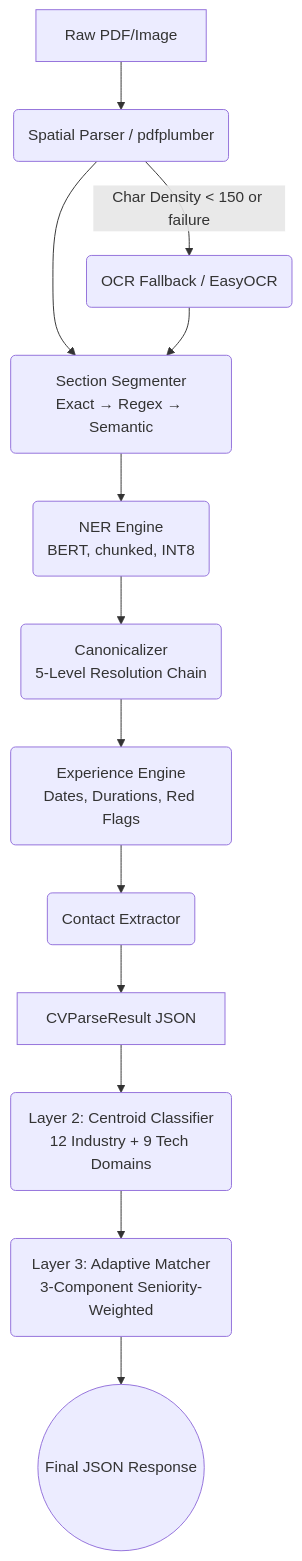
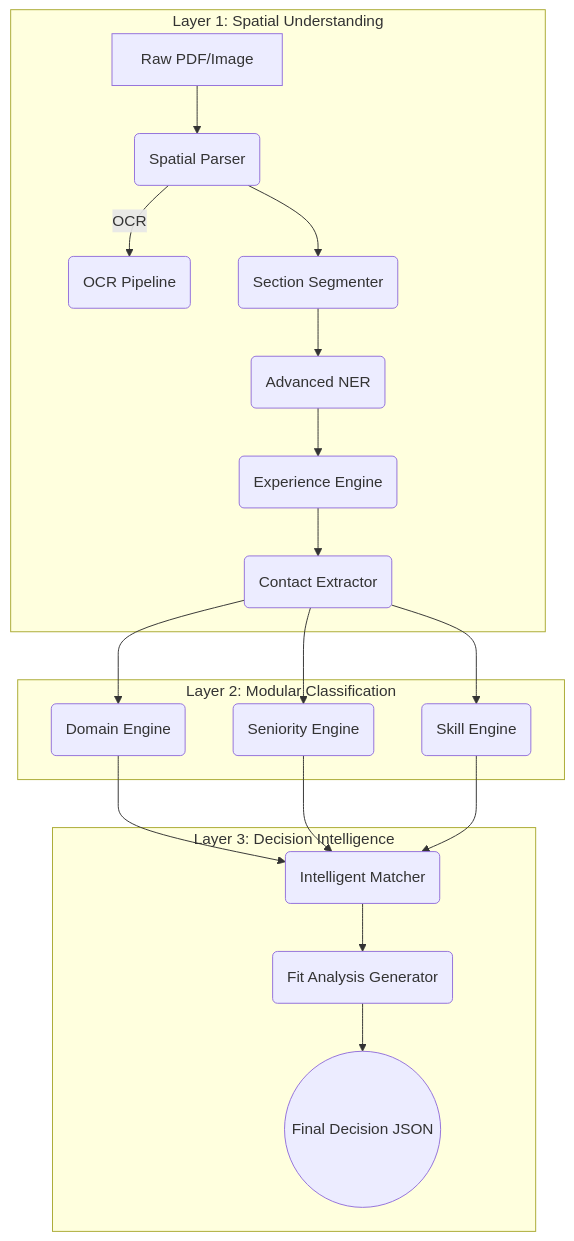
Before and after one commit to YousefAlTohamy/CareerCompass: the diagram in ai-cv-analyzer/README.md, drawn with Mermaid. The commit also changed other lines of this file and 45 other files, not shown here.

Commit message:
Refactor: Implement 3-layer modular architecture and data-driven config

````diff
--- a/ai-cv-analyzer/README.md
+++ b/ai-cv-analyzer/README.md
@@ -10,15 +10,23 @@
 ```mermaid
 graph TD
-    A[Raw PDF/Image] --> B(Spatial Parser / pdfplumber)
-    B -->|Char Density < 150 or failure| C(OCR Fallback / EasyOCR)
-    B --> D
-    C --> D(Section Segmenter<br>Exact → Regex → Semantic)
-    D --> E(NER Engine<br>BERT, chunked, INT8)
-    E --> F(Canonicalizer<br>5-Level Resolution Chain)
-    F --> G(Experience Engine<br>Dates, Durations, Red Flags)
-    G --> H(Contact Extractor)
-    H --> I[CVParseResult JSON]
-    I --> J(Layer 2: Centroid Classifier<br>12 Industry + 9 Tech Domains)
-    J --> K(Layer 3: Adaptive Matcher<br>3-Component Seniority-Weighted)
-    K --> L((Final JSON Response))
+    subgraph Layer1 [Layer 1: Spatial Understanding]
+    A[Raw PDF/Image] --> B(Spatial Parser)
+    B -->|OCR| C(OCR Pipeline)
+    B --> D(Section Segmenter)
+    D --> E(Advanced NER)
+    E --> F(Experience Engine)
+    F --> G(Contact Extractor)
+    end
+
+    subgraph Layer2 [Layer 2: Modular Classification]
+    G --> H(Domain Engine)
+    G --> I(Seniority Engine)
+    G --> J(Skill Engine)
+    end
+
+    subgraph Layer3 [Layer 3: Decision Intelligence]
+    H & I & J --> K(Intelligent Matcher)
+    K --> L(Fit Analysis Generator)
+    L --> M((Final Decision JSON))
+    end
 ```
````
